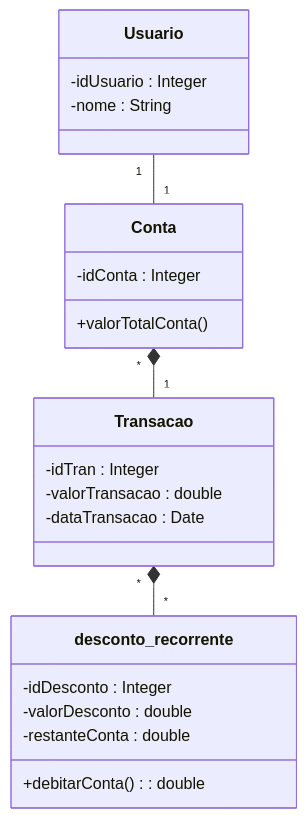
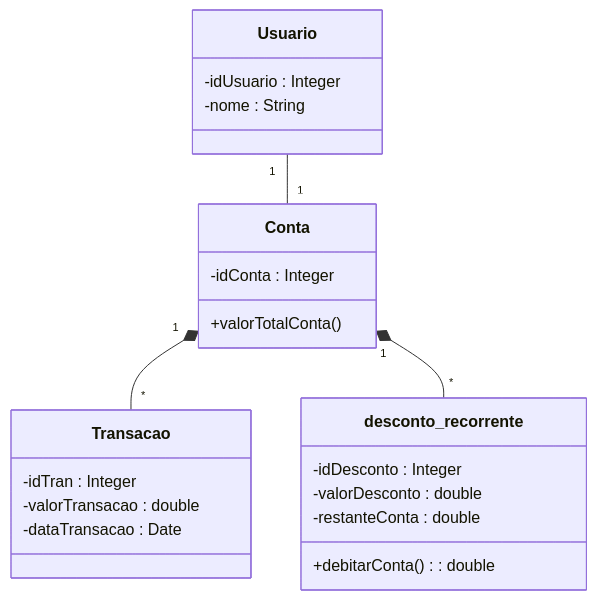
One commit to J0aoPaulo/data-persistence-jpa-crud changed the diagram in mermaid.md. Above: the diagram before and after it, drawn with Mermaid. The commit also changed 7 other files, not shown here.

````diff
--- a/mermaid.md
+++ b/mermaid.md
@@ -1,30 +1,30 @@
 ```mermaid
 classDiagram
 Usuario "1" -- "1" Conta
-Conta "*" *-- "1" Transacao
-Transacao "*" *-- "*" desconto_recorrente
+Conta "1" *-- "*" Transacao
+Conta "1" *-- "*" desconto_recorrente
 
 
 class Usuario {
 -idUsuario : Integer
 -nome : String
 }
 
 class Transacao {
 -idTran : Integer
 -valorTransacao : double
 -dataTransacao : Date
 }
 
 class Conta {
 -idConta : Integer
 +valorTotalConta()
 }
 
 class desconto_recorrente {
 -idDesconto : Integer
 -valorDesconto : double
 -restanteConta : double
 +debitarConta() : double
 }
 ```
````
